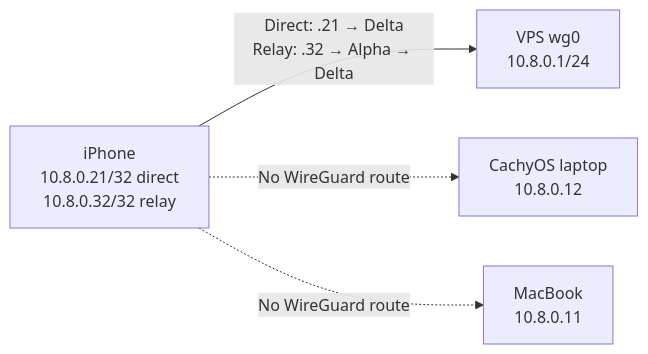
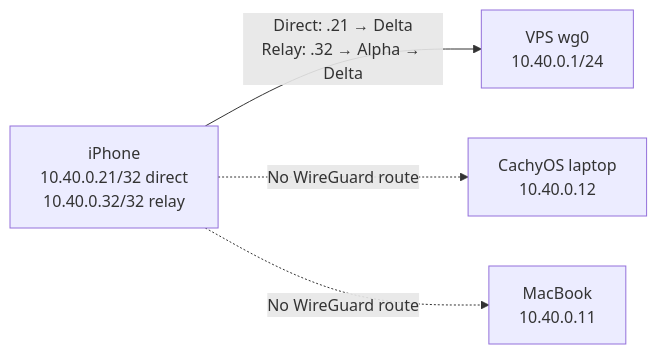
Before and after one commit to Manuel0516/zero-five-handbook: the first of 2 diagrams in content/docs/iphone/wireguard.mdx, drawn with Mermaid. The commit also changed other lines of this file and 52 other files, not shown here.

````diff
--- a/content/docs/iphone/wireguard.mdx
+++ b/content/docs/iphone/wireguard.mdx
@@ -23,11 +23,11 @@
 ```mermaid
 flowchart LR
-    phone["iPhone<br/>10.8.0.21/32 direct<br/>10.8.0.32/32 relay"]
-    vps["VPS wg0<br/>10.8.0.1/24"]
-    laptop["CachyOS laptop<br/>10.8.0.12"]
-    mac["MacBook<br/>10.8.0.11"]
+    phone["iPhone<br/>10.40.0.21/32 direct<br/>10.40.0.32/32 relay"]
+    vps["VPS wg0<br/>10.40.0.1/24"]
+    laptop["CachyOS laptop<br/>10.40.0.12"]
+    mac["MacBook<br/>10.40.0.11"]
 
     phone -->|"Direct: .21 → Delta<br/>Relay: .32 → Alpha → Delta"| vps
     phone -. "No WireGuard route" .-> laptop
     phone -. "No WireGuard route" .-> mac
 ```
````
